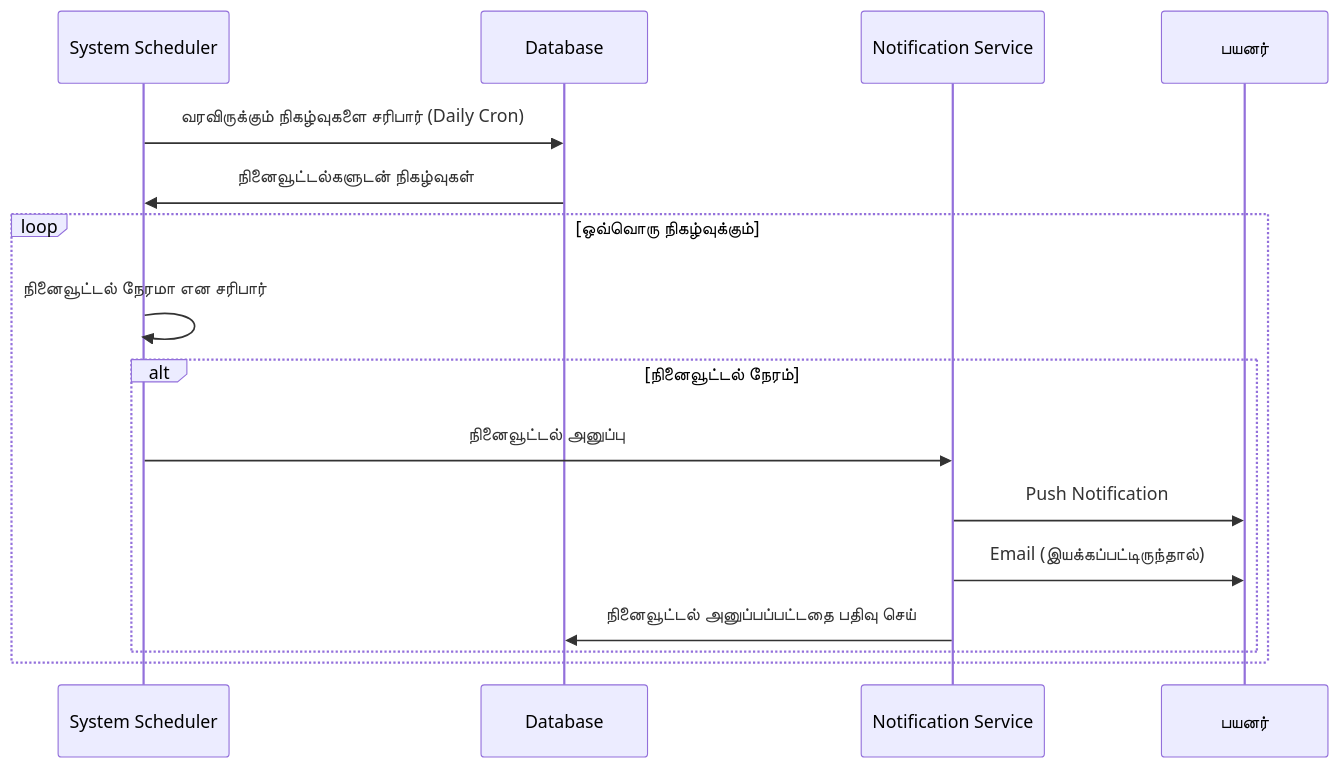
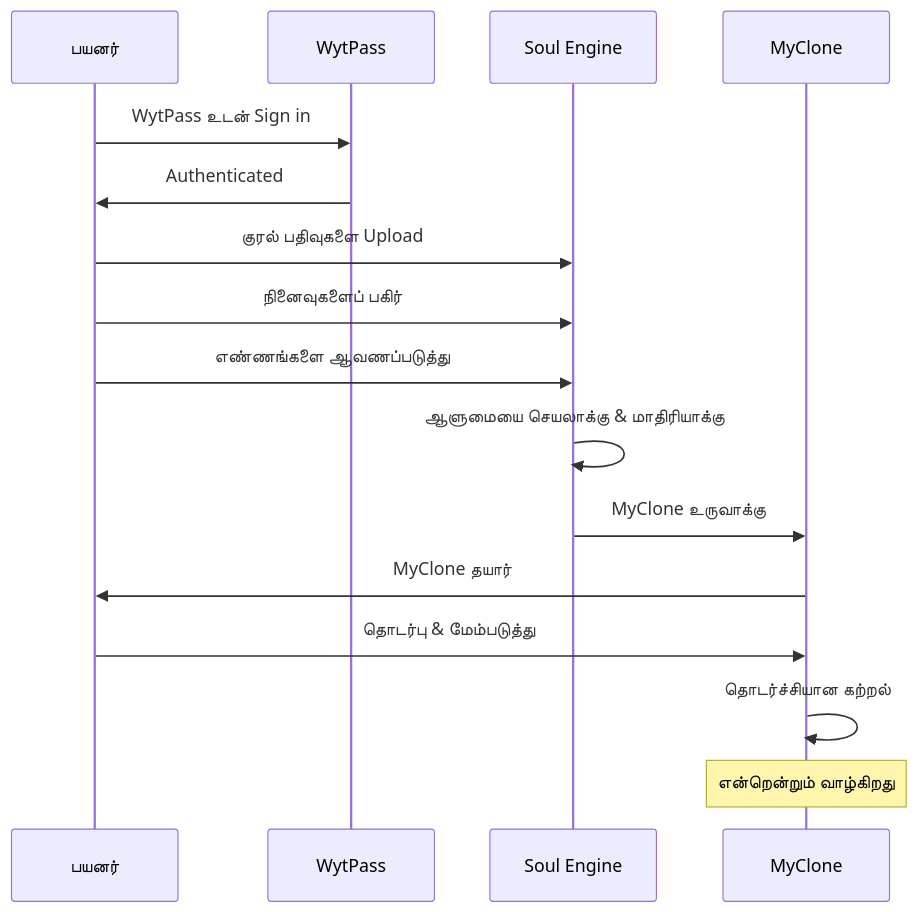
One commit to jkmuthu/newwytnet changed the second of 2 diagrams in docs/ta/features/wytlife.md. Above: the diagram before and after it, drawn with Mermaid. The commit also changed other lines of this file, not shown here.

First line of the commit message:
Update WytLife feature description to emphasize AI-powered digital immortality

````diff
--- a/docs/ta/features/wytlife.md
+++ b/docs/ta/features/wytlife.md
@@ -271,20 +319,23 @@
 ```mermaid
 sequenceDiagram
-    participant S as System Scheduler
-    participant DB as Database
-    participant N as Notification Service
     participant U as பயனர்
+    participant W as WytPass
+    participant S as Soul Engine
+    participant M as MyClone
     
-    S->>DB: வரவிருக்கும் நிகழ்வுகளை சரிபார் (Daily Cron)
-    DB->>S: நினைவூட்டல்களுடன் நிகழ்வுகள்
+    U->>W: WytPass உடன் Sign in
+    W->>U: Authenticated
     
-    loop ஒவ்வொரு நிகழ்வுக்கும்
-        S->>S: நினைவூட்டல் நேரமா என சரிபார்
-        alt நினைவூட்டல் நேரம்
-            S->>N: நினைவூட்டல் அனுப்பு
-            N->>U: Push Notification
-            N->>U: Email (இயக்கப்பட்டிருந்தால்)
-            N->>DB: நினைவூட்டல் அனுப்பப்பட்டதை பதிவு செய்
-        end
-    end
+    U->>S: குரல் பதிவுகளை Upload
+    U->>S: நினைவுகளைப் பகிர்
+    U->>S: எண்ணங்களை ஆவணப்படுத்து
+    
+    S->>S: ஆளுமையை செயலாக்கு & மாதிரியாக்கு
+    S->>M: MyClone உருவாக்கு
+    
+    M->>U: MyClone தயார்
+    U->>M: தொடர்பு & மேம்படுத்து
+    M->>M: தொடர்ச்சியான கற்றல்
+    
+    Note over M: என்றென்றும் வாழ்கிறது
 ```
````
